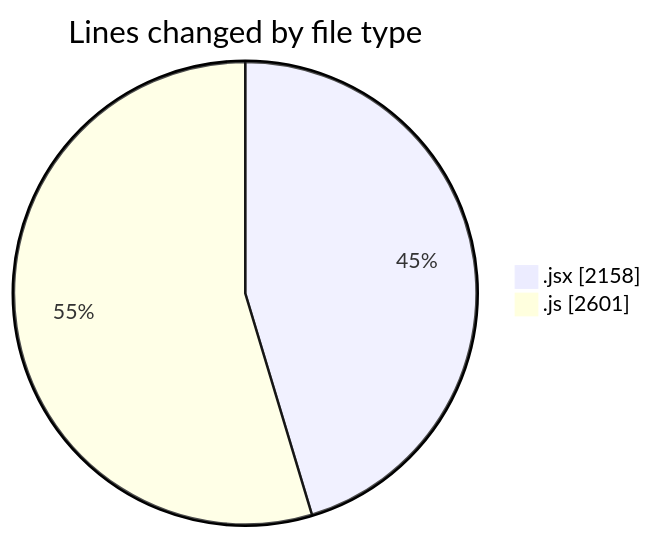
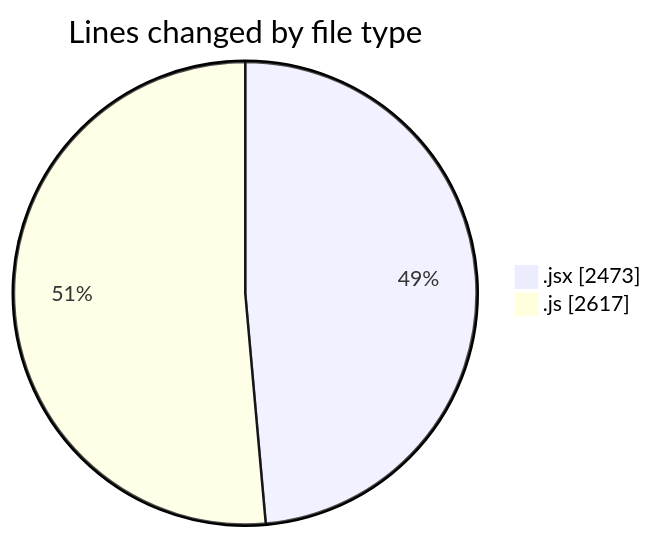
Before and after one commit to nxtqubesakshisongat/code-tracking: the first of 2 diagrams in 2025-07-30/nxtqube_webapp/README.md, drawn with Mermaid. The commit also changed other lines of this file and 1 other file, not shown here.

````diff
--- a/2025-07-30/nxtqube_webapp/README.md
+++ b/2025-07-30/nxtqube_webapp/README.md
@@ -29,6 +30,6 @@
 ```mermaid
 pie showData
 title Lines changed by file type
-".jsx" : 2158
-".js" : 2601
+".jsx" : 2473
+".js" : 2617
 ```
````
